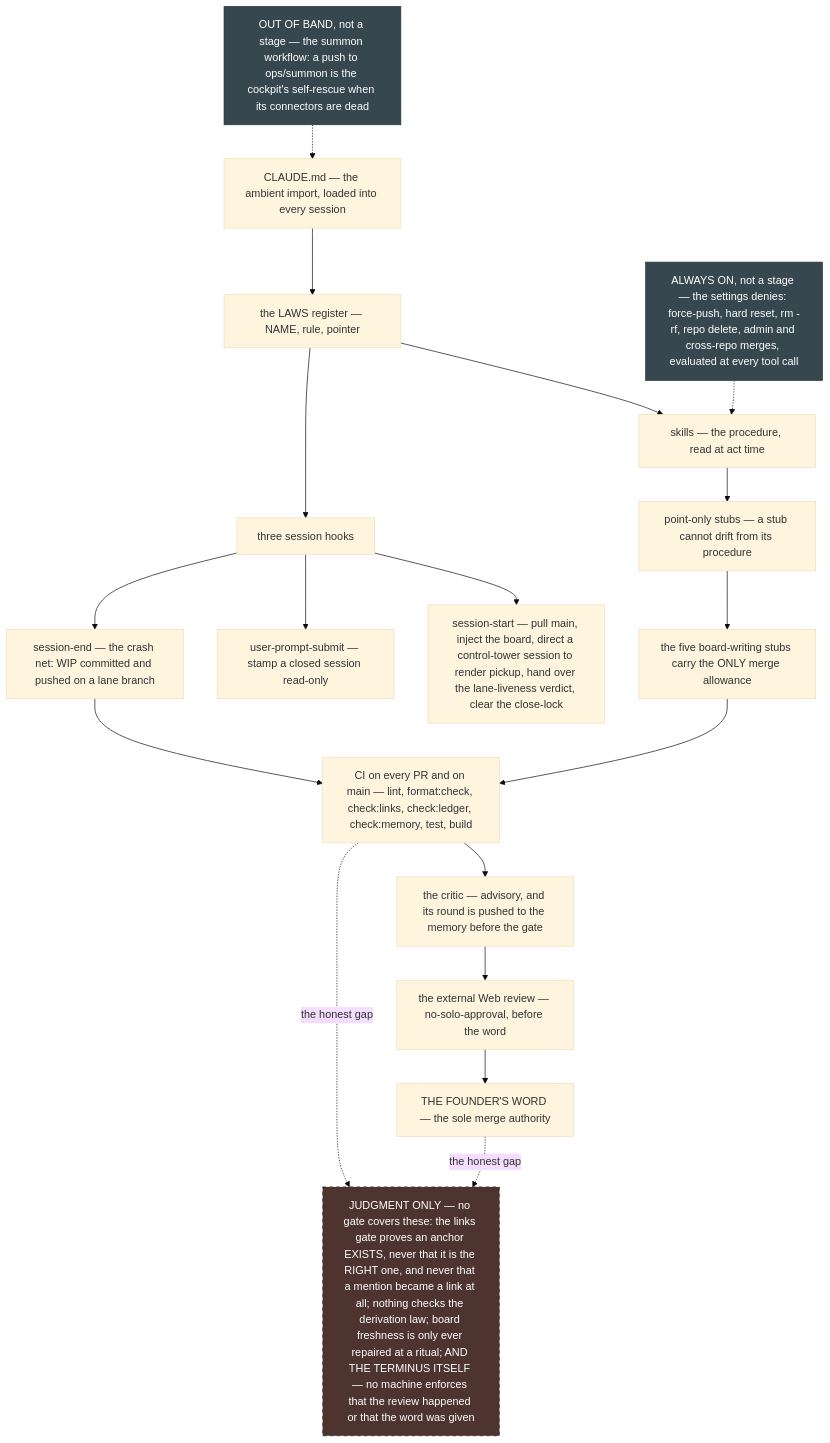
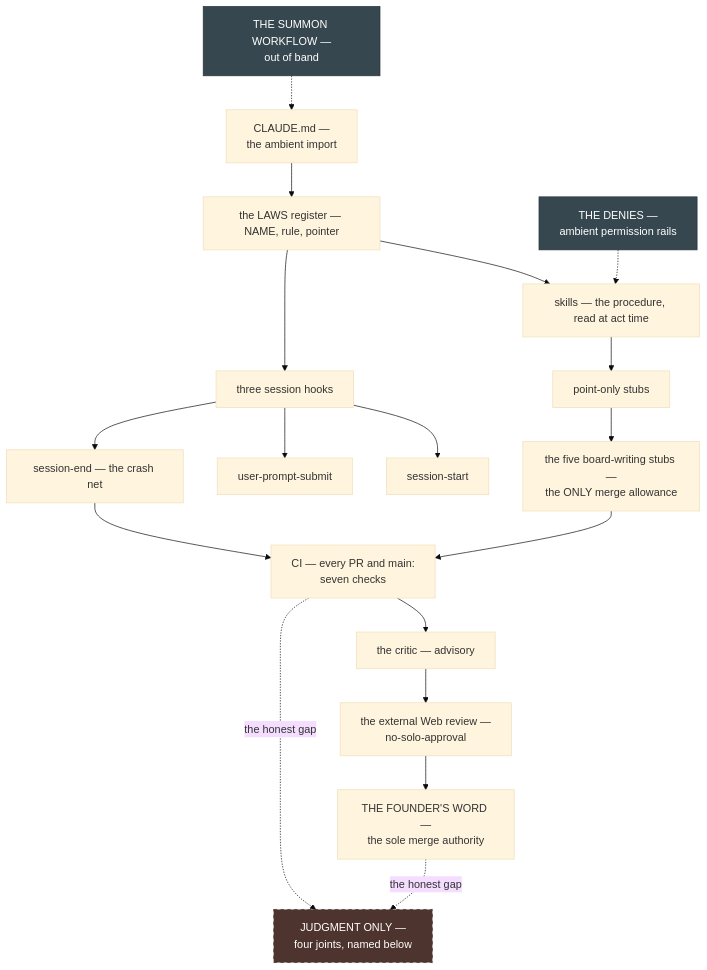
Before and after one commit to wsher0901/roam: the seventh of 8 diagrams in docs/ATLAS.md, drawn with Mermaid (base theme). The commit also changed other lines of this file and 6 other files, not shown here.

````diff
--- a/docs/ATLAS.md
+++ b/docs/ATLAS.md
@@ -225,27 +253,27 @@
 ```mermaid
 flowchart TD
-  IMP["CLAUDE.md — the ambient import, loaded into every session"] --> REG["the LAWS register — NAME, rule, pointer"]
+  IMP["CLAUDE.md —<br/>the ambient import"] --> REG["the LAWS register — NAME, rule, pointer"]
   REG --> SK["skills — the procedure, read at act time"]
-  SK --> ST["point-only stubs — a stub cannot drift from its procedure"]
-  ST --> MRG["the five board-writing stubs carry the ONLY merge allowance"]
+  SK --> ST["point-only stubs"]
+  ST --> MRG["the five board-writing stubs —<br/>the ONLY merge allowance"]
   REG --> HK["three session hooks"]
-  HK --> H1["session-start — pull main, inject the board, direct a control-tower session to render pickup, hand over the lane-liveness verdict, clear the close-lock"]
-  HK --> H2["user-prompt-submit — stamp a closed session read-only"]
-  HK --> H3["session-end — the crash net: WIP committed and pushed on a lane branch"]
+  HK --> H1["session-start"]
+  HK --> H2["user-prompt-submit"]
+  HK --> H3["session-end — the crash net"]
   MRG --> CI
-  H3 --> CI["CI on every PR and on main — lint, format:check, check:links, check:ledger, check:memory, test, build"]
-  CI --> CR["the critic — advisory, and its round is pushed to the memory before the gate"]
-  CR --> XR["the external Web review — no-solo-approval, before the word"]
-  XR --> W["THE FOUNDER'S WORD — the sole merge authority"]
-  DEN["ALWAYS ON, not a stage — the settings denies: force-push, hard reset, rm -rf, repo delete, admin and cross-repo merges, evaluated at every tool call"]
-  SUM["OUT OF BAND, not a stage — the summon workflow: a push to ops/summon is the cockpit's self-rescue when its connectors are dead"]
-  JUD["JUDGMENT ONLY — no gate covers these: the links gate proves an anchor EXISTS, never that it is the RIGHT one, and never that a mention became a link at all; nothing checks the derivation law; board freshness is only ever repaired at a ritual; AND THE TERMINUS ITSELF — no machine enforces that the review happened or that the word was given"]
+  H3 --> CI["CI — every PR and main:<br/>seven checks"]
+  CI --> CR["the critic — advisory"]
+  CR --> XR["the external Web review —<br/>no-solo-approval"]
+  XR --> W["THE FOUNDER'S WORD —<br/>the sole merge authority"]
+  DEN["THE DENIES —<br/>ambient permission rails"]
+  SUM["THE SUMMON WORKFLOW —<br/>out of band"]
+  JUD["JUDGMENT ONLY —<br/>four joints, named below"]
   DEN -.-> SK
   SUM -.-> IMP
   CI -.->|"the honest gap"| JUD
   W -.->|"the honest gap"| JUD
   classDef gap fill:#4e342e,stroke:#3e2723,color:#ffffff,stroke-dasharray: 5 5
   classDef ambient fill:#37474f,stroke:#263238,color:#ffffff
   class JUD gap
   class DEN,SUM ambient
 ```
````
